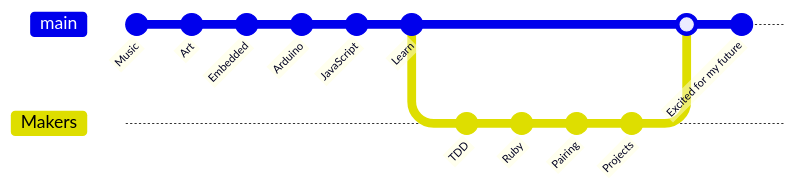
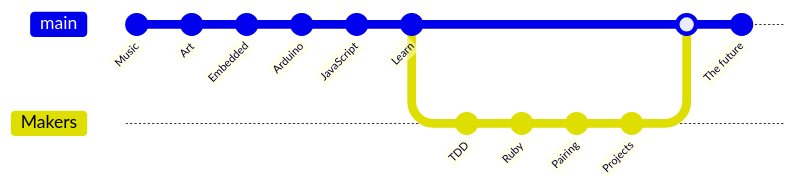
One commit to gawainhewitt/CV changed the first of 2 diagrams in README.md. Above: the diagram before and after it, drawn with Mermaid.

Commit message:
refine graphic

````diff
--- a/README.md
+++ b/README.md
@@ -6,19 +6,19 @@
 ```mermaid
 
 gitGraph
        commit id: "Music"
        commit id: "Art"
        commit id: "Embedded"
        commit id: "Arduino"
        commit id: "JavaScript"
        commit id: "Learn"
        branch Makers
        checkout Makers
        commit id: "TDD"
        commit id: "Ruby"
        commit id: "Pairing"
        commit id: "Projects"
        checkout main
        merge Makers
-       commit id: "Excited for my future"
+       commit id: "The future"
 ```
````
